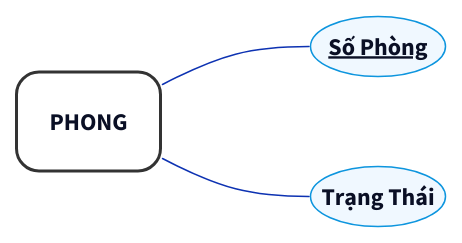
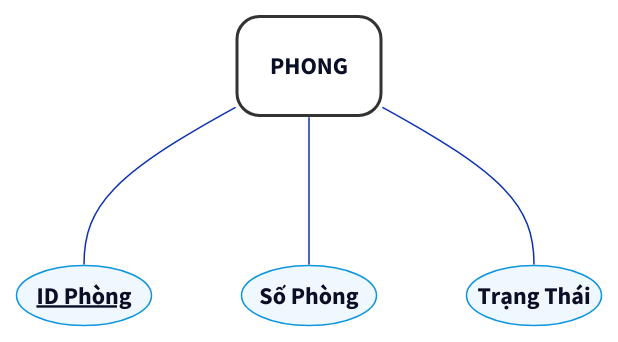
One commit to sam-uit/ie103-project-report changed the diagram in baocao/content/diagrams/ch02-concept-phong.d2. Above: the diagram before and after it, drawn with D2. The commit also changed 3 other files, not shown here.

Commit message:
Thực Thể PHONG (Phòng)

```diff
--- a/baocao/content/diagrams/ch02-concept-phong.d2
+++ b/baocao/content/diagrams/ch02-concept-phong.d2
@@ -1,116 +1,116 @@
-direction: right
+# direction: right
 
 # Tiêu đề: căn góc trên-giữa
 # title: |md
 #   # Mô Hình Thực Thể Quan Hệ (ER Diagram Chen Notation)
 # | {near: top-center}
 
 # title.style: {
 # font-size: 20
 # font: "mono"
 # }
 
 # --- 0. STYLES ---
 style: {
   # font: "mono"
   opacity: 0.0
   fill: transparent
   # stroke: "orange"
   # stroke-width: 5
 }
 
 # --- 1. CSS STYLES (THEME) ---
 classes: {
   # Thực thể: Chữ nhật bo góc Apple style
   entity: {
     shape: rectangle
     style: {
       border-radius: 15
       stroke-width: 2
       fill: "#FFFFFF"
       stroke: "#333333"
     }
   }
 
   # Quan hệ (Relationship): Hình thoi
   rel: {
     shape: diamond
     style: {
       fill: "#F2F2F7"
       stroke: "#8E8E93"
       stroke-width: 2
     }
   }
 
   # Thuộc tính: Oval
   attr: {
     shape: oval
     width: 90
     height: 40
     style: {
       fill: "#F0F8FF"
       stroke: "#0d95de"
       stroke-width: 1
       # font-size: 20
     }
   }
 
   # Khóa chính: gạch chân
   # viền xanh
   attr_pri: {
     shape: oval
     width: 90
     height: 40
     style: {
       fill: "#F0F8FF"
       stroke: "#0d95de"
       stroke-width: 1
       # font-size: 20
       underline: true
     }
   }
 
   # Khóa chính là khóa khóa ngoại từ bảng khác
   # gạch chân
   # viền cam
   attr_foreign_pri: {
     shape: oval
     width: 90
     height: 40
     style: {
       fill: "#F0F8FF"
       stroke: "#f2840e"
       stroke-width: 1
       # font-size: 20
       underline: true
     }
   }
 
   # Khóa ngoại từ bảng khác
   # gạch chân
   # viền cam
   attr_foreign_key: {
     shape: oval
     width: 90
     height: 40
     style: {
       fill: "#F0F8FF"
       stroke: "#f2840e"
       stroke-width: 1
       # font-size: 20
       # underline: true
     }
   }
 }
 
 # MARK: PHONG
 PHONG: {class: entity; label: "PHONG"}
-# phong_id: {class: attr_pri; label: "id"}
-phong_so_phong: {class: attr_pri; label: "Số Phòng"}
+phong_id: {class: attr_pri; label: "ID Phòng"}
+phong_so_phong: {class: attr; label: "Số Phòng"}
 # phong_loai_phong_id: {class: attr_foreign_key; label: "loai_phong_id"; width: 120}
 phong_trang_thai: {class: attr; label: "Trạng Thái"}
 
-# PHONG -- phong_id: {style: {stroke-width: 1}}
+PHONG -- phong_id: {style: {stroke-width: 1}}
 PHONG -- phong_so_phong: {style: {stroke-width: 1}}
 # PHONG -- phong_loai_phong_id: {style: {stroke-width: 1; stroke: orange}}
 PHONG -- phong_trang_thai: {style: {stroke-width: 1}}
```
